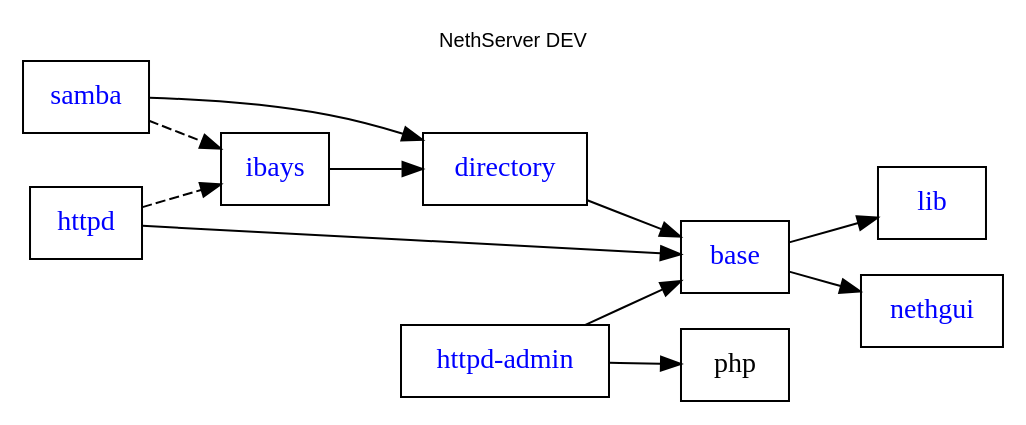
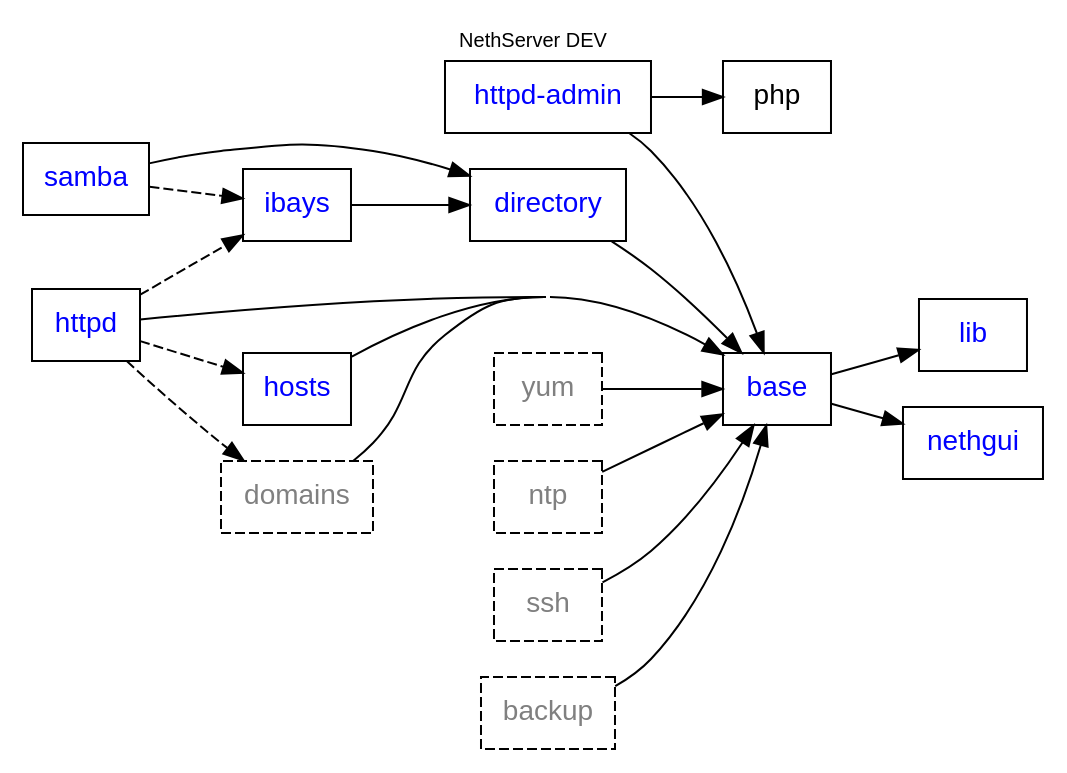
The diagram in nethserver/package-dependencies.dot (nethesis/dev-nethesis-it), drawn with Graphviz before and after one commit.

Commit message:
Added domains, yum, ntp, ssh, backup (dashed) packages.

```diff
--- a/nethserver/package-dependencies.dot
+++ b/nethserver/package-dependencies.dot
@@ -1,27 +1,39 @@
 digraph DEV {
-    rankdir = "LR"; compound = true; concentrate = true; fontname = "Arial"; fontnames="svg"; fontsize=10.0; label="NethServer DEV"; labelloc = "t"
-    node [shape=rect];
+    rankdir = "LR"; compound = true; concentrate = true; fontname = "Helvetica"; fontnames="svg"; fontsize=10.0; label="NethServer DEV"; labelloc = "t"
+    node [shape=rect,fontname="Helvetica"];
     httpd_admin [fontcolor=blue,label="httpd-admin",URL="http://dev.nethesis.it/projects/nethserver-httpd-admin"];
     base [fontcolor=blue,URL="http://dev.nethesis.it/projects/nethserver-base"];
     directory [fontcolor=blue,URL="http://dev.nethesis.it/projects/nethserver-directory"];    
     samba [fontcolor=blue,URL="http://dev.nethesis.it/projects/nethserver-samba"];    
     ibays [fontcolor=blue,URL="http://dev.nethesis.it/projects/nethserver-ibays"];    
     lib [fontcolor=blue,URL="http://dev.nethesis.it/projects/nethserver-lib"];    
     httpd [fontcolor=blue,URL="http://dev.nethesis.it/projects/nethserver-httpd"];    
+    hosts [fontcolor=blue,URL="http://dev.nethesis.it/projects/nethserver-hosts"];
+    domains [style="dashed",fontcolor=gray,URL="http://dev.nethesis.it/projects/nethserver-domains"];
+    yum [fontcolor=gray,URL="http://dev.nethesis.it/projects/nethserver-yum",style="dashed"];
+    ntp [fontcolor=gray,URL="http://dev.nethesis.it/projects/nethserver-ntp",style="dashed"];
     nethgui [fontcolor=blue,URL="http://dev.nethesis.it/projects/nethgui"];    
+    ssh [style="dashed",fontcolor=gray];
+    backup [style="dashed",fontcolor=gray];
+   
             
     base -> lib
     base -> nethgui
-#    ssh -> base
+    ssh -> base
     directory -> base
     samba -> directory
     ibays -> directory
     httpd -> base
-#    hosts -> base
+    hosts -> base
     httpd_admin -> php
     httpd_admin -> base
-#    backup -> base
+    backup -> base
     samba -> ibays [style=dashed];
     httpd -> ibays [style=dashed]; 
-#    httpd -> hosts [style=dashed];
+    httpd -> hosts [style=dashed];
+    httpd -> domains [style=dashed];
+    domains -> base
+    yum -> base
+    ntp -> base
+    
 }
```
